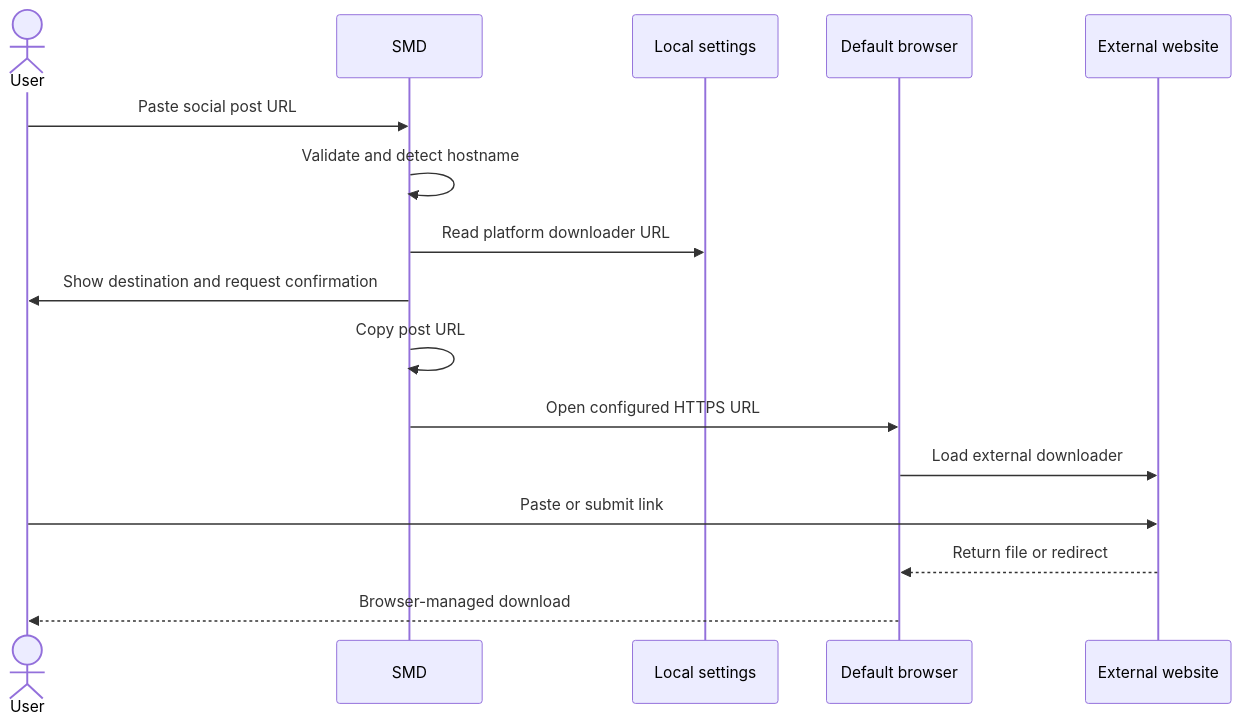
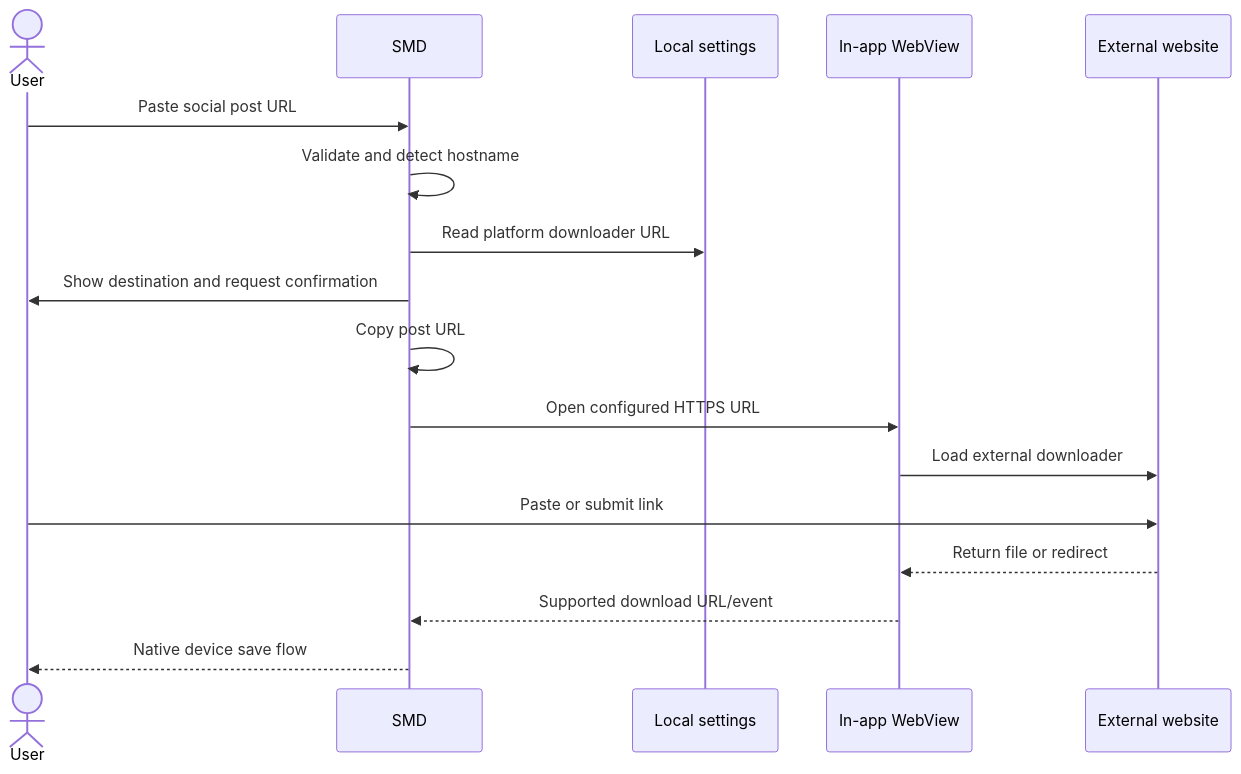
Before and after one commit to wllun/SMD-SocialMediaDownloader: the diagram in docs/ARCHITECTURE.md, drawn with Mermaid. The commit also changed other lines of this file and 25 other files, not shown here.

Commit message:
use-webview-instead-of-open-browser

```diff
--- a/docs/ARCHITECTURE.md
+++ b/docs/ARCHITECTURE.md
@@ -31,18 +40,19 @@
 ~~~mermaid
 sequenceDiagram
     actor User
     participant App as SMD
     participant Store as Local settings
-    participant Browser as Default browser
+    participant WebView as In-app WebView
     participant Site as External website
     User->>App: Paste social post URL
     App->>App: Validate and detect hostname
     App->>Store: Read platform downloader URL
     App->>User: Show destination and request confirmation
     App->>App: Copy post URL
-    App->>Browser: Open configured HTTPS URL
-    Browser->>Site: Load external downloader
+    App->>WebView: Open configured HTTPS URL
+    WebView->>Site: Load external downloader
     User->>Site: Paste or submit link
-    Site-->>Browser: Return file or redirect
-    Browser-->>User: Browser-managed download
+    Site-->>WebView: Return file or redirect
+    WebView-->>App: Supported download URL/event
+    App-->>User: Native device save flow
 ~~~
```
